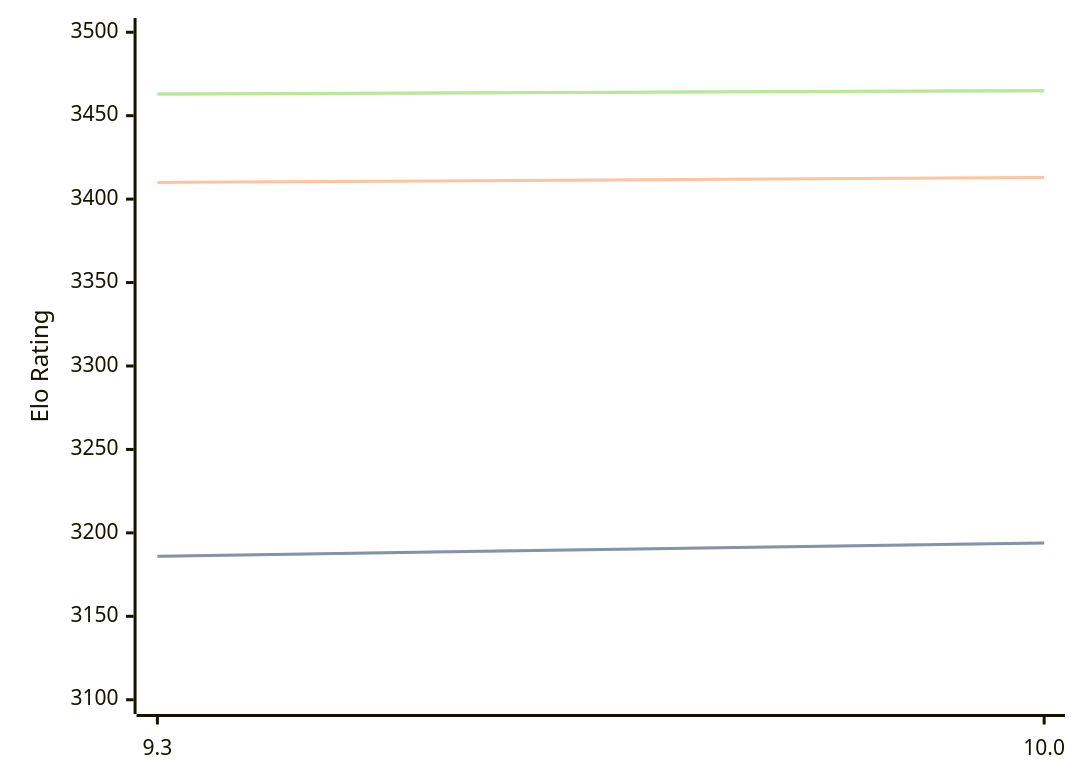
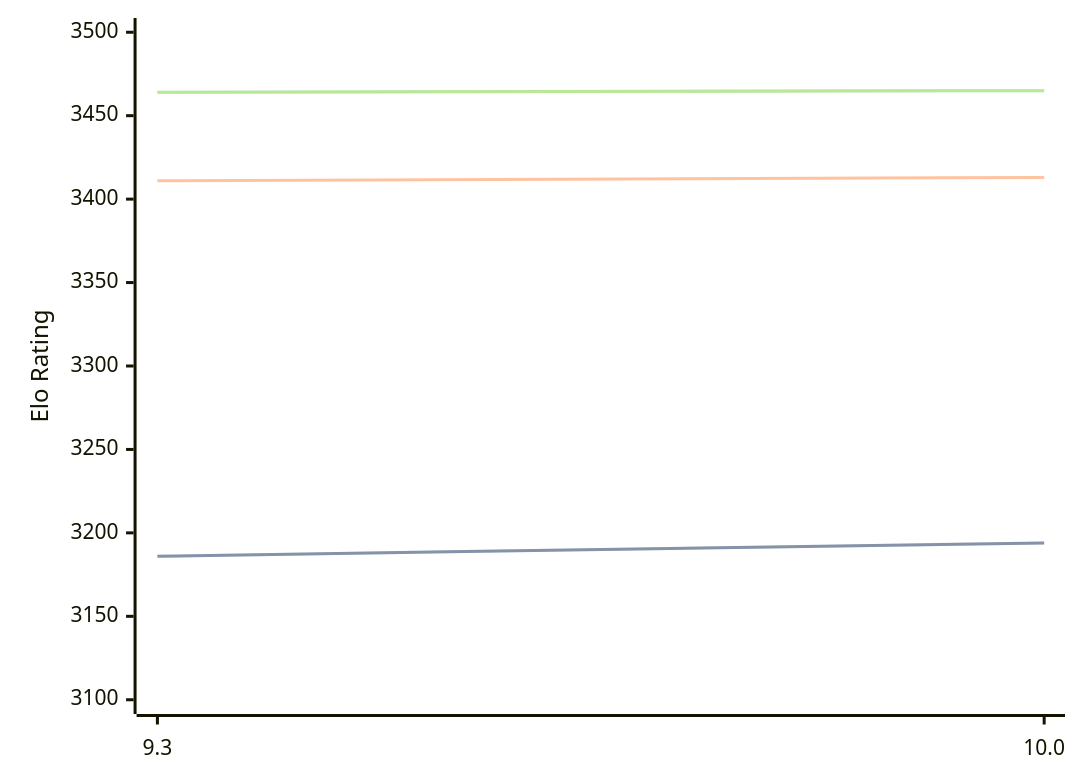
The diagram in engines/Fire.md (computer-chess-index/cci), drawn with Mermaid before and after one commit. The commit also changed other lines of this file, not shown here.

Commit message:
Update CCI Ratings (ELO VLTC) - 2026-04-19

````diff
--- a/engines/Fire.md
+++ b/engines/Fire.md
@@ -47,11 +47,11 @@
 ```mermaid
 %%{init: {"theme":"base","themeVariables":{"seriesColors:['#a3a3a3','#222221','#faa371']}}}%%
 xychart-beta
   x-axis ["9.3", "10.0"]
   y-axis "Elo Rating" 3100 --> 3500
   line "STC (8.0+0.08s)" [3186, 3194]
   line "STC (8.0+0.08s)" [3186, 3194]
-  line "LTC (60.0+0.60s)" [3410, 3413]
-  line "VLTC (2m24s+1.12s)" [3463, 3465]
-  line "VLTC (2m24s+1.12s)" [3463, 3465]
+  line "LTC (60.0+0.60s)" [3411, 3413]
+  line "VLTC (2m24s+1.12s)" [3464, 3465]
+  line "VLTC (2m24s+1.12s)" [3464, 3465]
 ```
````
